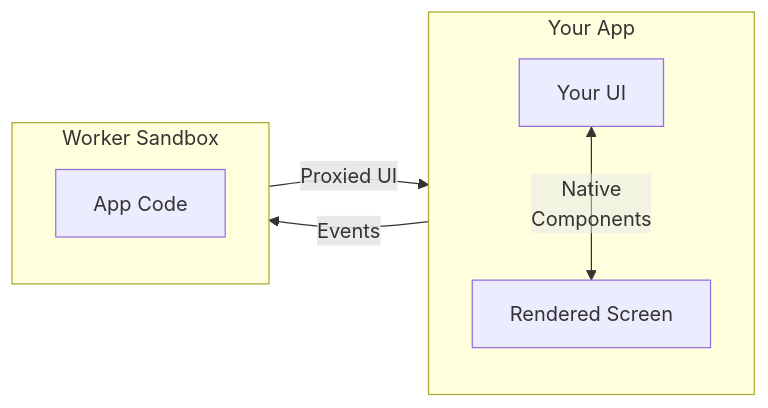
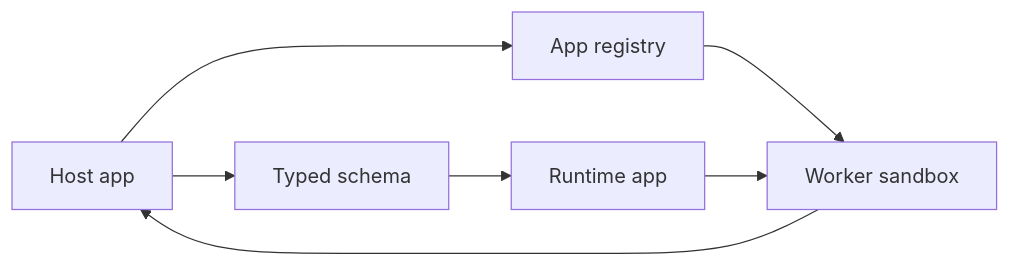
Before and after one commit to AlfieJones/tailorkit: the diagram in apps/docs/content/docs/(getting-started)/how-apps-work.mdx, drawn with Mermaid. The commit also changed other lines of this file and 39 other files, not shown here.

````diff
--- a/apps/docs/content/docs/(getting-started)/how-apps-work.mdx
+++ b/apps/docs/content/docs/(getting-started)/how-apps-work.mdx
@@ -19,19 +24,9 @@
 ```mermaid
 flowchart LR
-
-  subgraph APP["Your App"]
-    direction TB
-    UI["Your UI"]
-    SCREEN["Rendered Screen"]
-  end
-
-  subgraph SANDBOX["Worker Sandbox"]
-    direction TB
-    CODE["App Code"]
-  end
-
-  UI <--> |<div class="bg-card">Native<br/>Components</div>| SCREEN
-
-  SCREEN -->|Events| CODE
-  CODE -->|Proxied UI| SCREEN
+  Host["Host app"] --> Schema["Typed schema"]
+  Schema --> App["Runtime app"]
+  Host --> Registry["App registry"]
+  Registry --> Sandbox["Worker sandbox"]
+  App --> Sandbox
+  Sandbox --> Host
 ```
````
